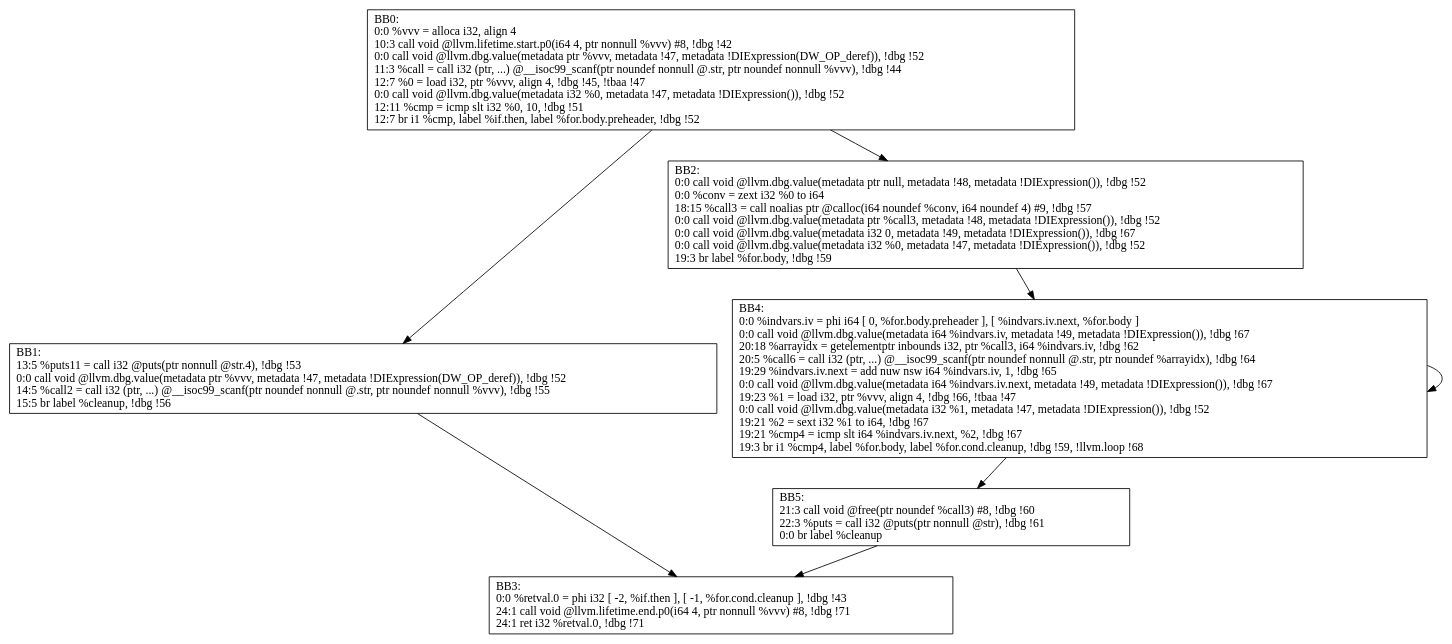
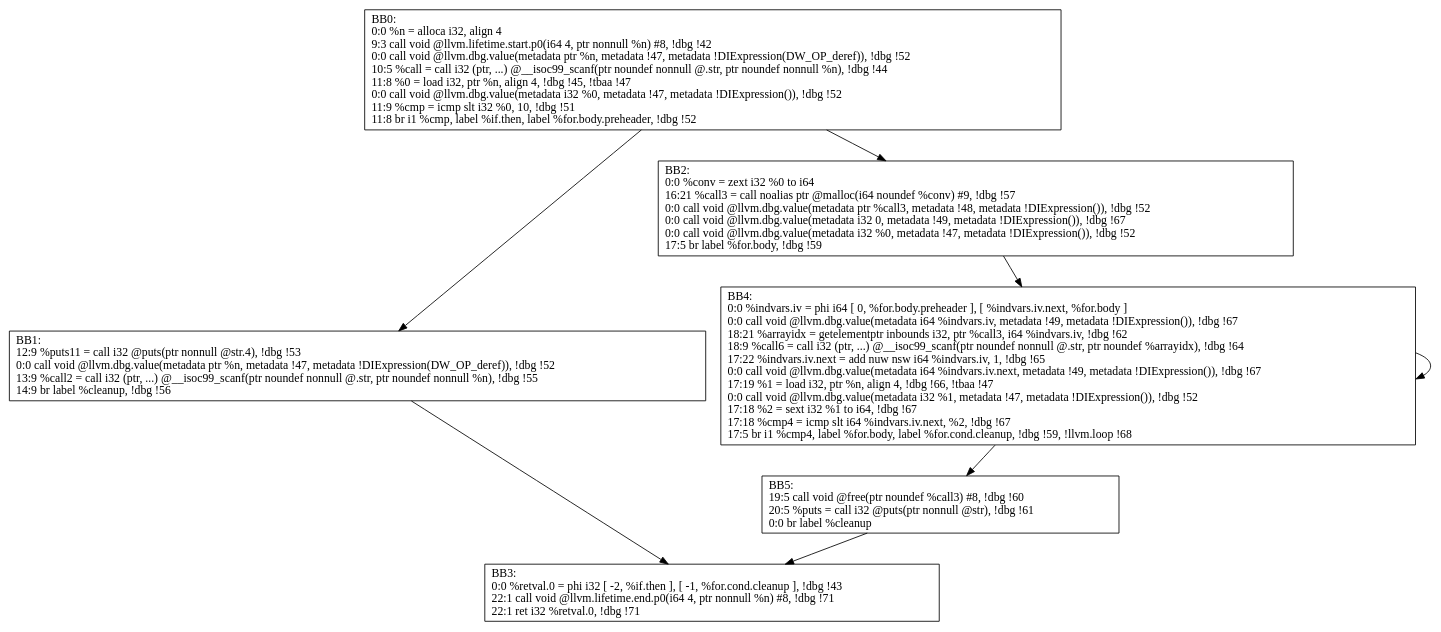
One commit to M-ouse/FinalDesign changed the diagram in output/demo.ll_usep_CFG.dot. Above: the diagram before and after it, drawn with Graphviz. The commit also changed 10 other files, not shown here.

```diff
--- a/output/demo.ll_usep_CFG.dot
+++ b/output/demo.ll_usep_CFG.dot
@@ -1,15 +1,15 @@
 digraph "CFG for'usep' function" {
 	BB0-> BB1;
 	BB0-> BB2;
 	BB1-> BB3;
 	BB2-> BB4;
 	BB4-> BB4;
 	BB4-> BB5;
 	BB5-> BB3;
-	BB0 [shape=record, label="{BB0:\l0:0   %vvv = alloca i32, align 4\l 10:3   call void @llvm.lifetime.start.p0(i64 4, ptr nonnull %vvv) #8, !dbg !42\l 0:0   call void @llvm.dbg.value(metadata ptr %vvv, metadata !47, metadata !DIExpression(DW_OP_deref)), !dbg !52\l 11:3   %call = call i32 (ptr, ...) @__isoc99_scanf(ptr noundef nonnull @.str, ptr noundef nonnull %vvv), !dbg !44\l 12:7   %0 = load i32, ptr %vvv, align 4, !dbg !45, !tbaa !47\l 0:0   call void @llvm.dbg.value(metadata i32 %0, metadata !47, metadata !DIExpression()), !dbg !52\l 12:11   %cmp = icmp slt i32 %0, 10, !dbg !51\l 12:7   br i1 %cmp, label %if.then, label %for.body.preheader, !dbg !52\l }"];
-	BB1 [shape=record, label="{BB1:\l13:5   %puts11 = call i32 @puts(ptr nonnull @str.4), !dbg !53\l 0:0   call void @llvm.dbg.value(metadata ptr %vvv, metadata !47, metadata !DIExpression(DW_OP_deref)), !dbg !52\l 14:5   %call2 = call i32 (ptr, ...) @__isoc99_scanf(ptr noundef nonnull @.str, ptr noundef nonnull %vvv), !dbg !55\l 15:5   br label %cleanup, !dbg !56\l }"];
-	BB2 [shape=record, label="{BB2:\l0:0   call void @llvm.dbg.value(metadata ptr null, metadata !48, metadata !DIExpression()), !dbg !52\l 0:0   %conv = zext i32 %0 to i64\l 18:15   %call3 = call noalias ptr @calloc(i64 noundef %conv, i64 noundef 4) #9, !dbg !57\l 0:0   call void @llvm.dbg.value(metadata ptr %call3, metadata !48, metadata !DIExpression()), !dbg !52\l 0:0   call void @llvm.dbg.value(metadata i32 0, metadata !49, metadata !DIExpression()), !dbg !67\l 0:0   call void @llvm.dbg.value(metadata i32 %0, metadata !47, metadata !DIExpression()), !dbg !52\l 19:3   br label %for.body, !dbg !59\l }"];
-	BB3 [shape=record, label="{BB3:\l0:0   %retval.0 = phi i32 [ -2, %if.then ], [ -1, %for.cond.cleanup ], !dbg !43\l 24:1   call void @llvm.lifetime.end.p0(i64 4, ptr nonnull %vvv) #8, !dbg !71\l 24:1   ret i32 %retval.0, !dbg !71\l }"];
-	BB4 [shape=record, label="{BB4:\l0:0   %indvars.iv = phi i64 [ 0, %for.body.preheader ], [ %indvars.iv.next, %for.body ]\l 0:0   call void @llvm.dbg.value(metadata i64 %indvars.iv, metadata !49, metadata !DIExpression()), !dbg !67\l 20:18   %arrayidx = getelementptr inbounds i32, ptr %call3, i64 %indvars.iv, !dbg !62\l 20:5   %call6 = call i32 (ptr, ...) @__isoc99_scanf(ptr noundef nonnull @.str, ptr noundef %arrayidx), !dbg !64\l 19:29   %indvars.iv.next = add nuw nsw i64 %indvars.iv, 1, !dbg !65\l 0:0   call void @llvm.dbg.value(metadata i64 %indvars.iv.next, metadata !49, metadata !DIExpression()), !dbg !67\l 19:23   %1 = load i32, ptr %vvv, align 4, !dbg !66, !tbaa !47\l 0:0   call void @llvm.dbg.value(metadata i32 %1, metadata !47, metadata !DIExpression()), !dbg !52\l 19:21   %2 = sext i32 %1 to i64, !dbg !67\l 19:21   %cmp4 = icmp slt i64 %indvars.iv.next, %2, !dbg !67\l 19:3   br i1 %cmp4, label %for.body, label %for.cond.cleanup, !dbg !59, !llvm.loop !68\l }"];
-	BB5 [shape=record, label="{BB5:\l21:3   call void @free(ptr noundef %call3) #8, !dbg !60\l 22:3   %puts = call i32 @puts(ptr nonnull @str), !dbg !61\l 0:0   br label %cleanup\l }"];
+	BB0 [shape=record, label="{BB0:\l0:0   %n = alloca i32, align 4\l 9:3   call void @llvm.lifetime.start.p0(i64 4, ptr nonnull %n) #8, !dbg !42\l 0:0   call void @llvm.dbg.value(metadata ptr %n, metadata !47, metadata !DIExpression(DW_OP_deref)), !dbg !52\l 10:5   %call = call i32 (ptr, ...) @__isoc99_scanf(ptr noundef nonnull @.str, ptr noundef nonnull %n), !dbg !44\l 11:8   %0 = load i32, ptr %n, align 4, !dbg !45, !tbaa !47\l 0:0   call void @llvm.dbg.value(metadata i32 %0, metadata !47, metadata !DIExpression()), !dbg !52\l 11:9   %cmp = icmp slt i32 %0, 10, !dbg !51\l 11:8   br i1 %cmp, label %if.then, label %for.body.preheader, !dbg !52\l }"];
+	BB1 [shape=record, label="{BB1:\l12:9   %puts11 = call i32 @puts(ptr nonnull @str.4), !dbg !53\l 0:0   call void @llvm.dbg.value(metadata ptr %n, metadata !47, metadata !DIExpression(DW_OP_deref)), !dbg !52\l 13:9   %call2 = call i32 (ptr, ...) @__isoc99_scanf(ptr noundef nonnull @.str, ptr noundef nonnull %n), !dbg !55\l 14:9   br label %cleanup, !dbg !56\l }"];
+	BB2 [shape=record, label="{BB2:\l0:0   %conv = zext i32 %0 to i64\l 16:21   %call3 = call noalias ptr @malloc(i64 noundef %conv) #9, !dbg !57\l 0:0   call void @llvm.dbg.value(metadata ptr %call3, metadata !48, metadata !DIExpression()), !dbg !52\l 0:0   call void @llvm.dbg.value(metadata i32 0, metadata !49, metadata !DIExpression()), !dbg !67\l 0:0   call void @llvm.dbg.value(metadata i32 %0, metadata !47, metadata !DIExpression()), !dbg !52\l 17:5   br label %for.body, !dbg !59\l }"];
+	BB3 [shape=record, label="{BB3:\l0:0   %retval.0 = phi i32 [ -2, %if.then ], [ -1, %for.cond.cleanup ], !dbg !43\l 22:1   call void @llvm.lifetime.end.p0(i64 4, ptr nonnull %n) #8, !dbg !71\l 22:1   ret i32 %retval.0, !dbg !71\l }"];
+	BB4 [shape=record, label="{BB4:\l0:0   %indvars.iv = phi i64 [ 0, %for.body.preheader ], [ %indvars.iv.next, %for.body ]\l 0:0   call void @llvm.dbg.value(metadata i64 %indvars.iv, metadata !49, metadata !DIExpression()), !dbg !67\l 18:21   %arrayidx = getelementptr inbounds i32, ptr %call3, i64 %indvars.iv, !dbg !62\l 18:9   %call6 = call i32 (ptr, ...) @__isoc99_scanf(ptr noundef nonnull @.str, ptr noundef %arrayidx), !dbg !64\l 17:22   %indvars.iv.next = add nuw nsw i64 %indvars.iv, 1, !dbg !65\l 0:0   call void @llvm.dbg.value(metadata i64 %indvars.iv.next, metadata !49, metadata !DIExpression()), !dbg !67\l 17:19   %1 = load i32, ptr %n, align 4, !dbg !66, !tbaa !47\l 0:0   call void @llvm.dbg.value(metadata i32 %1, metadata !47, metadata !DIExpression()), !dbg !52\l 17:18   %2 = sext i32 %1 to i64, !dbg !67\l 17:18   %cmp4 = icmp slt i64 %indvars.iv.next, %2, !dbg !67\l 17:5   br i1 %cmp4, label %for.body, label %for.cond.cleanup, !dbg !59, !llvm.loop !68\l }"];
+	BB5 [shape=record, label="{BB5:\l19:5   call void @free(ptr noundef %call3) #8, !dbg !60\l 20:5   %puts = call i32 @puts(ptr nonnull @str), !dbg !61\l 0:0   br label %cleanup\l }"];
 }
```
